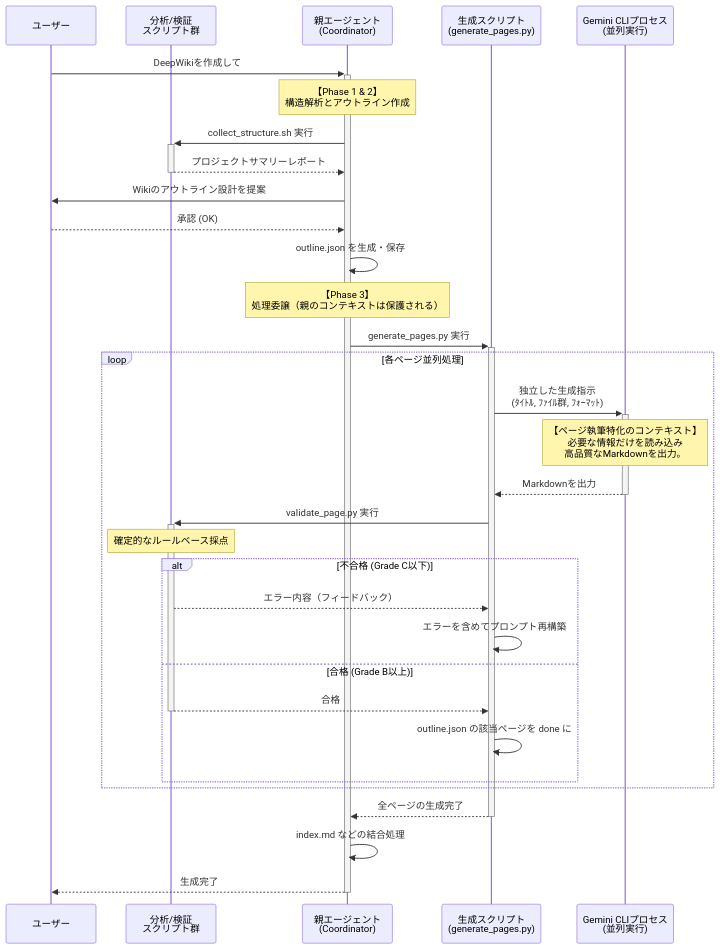
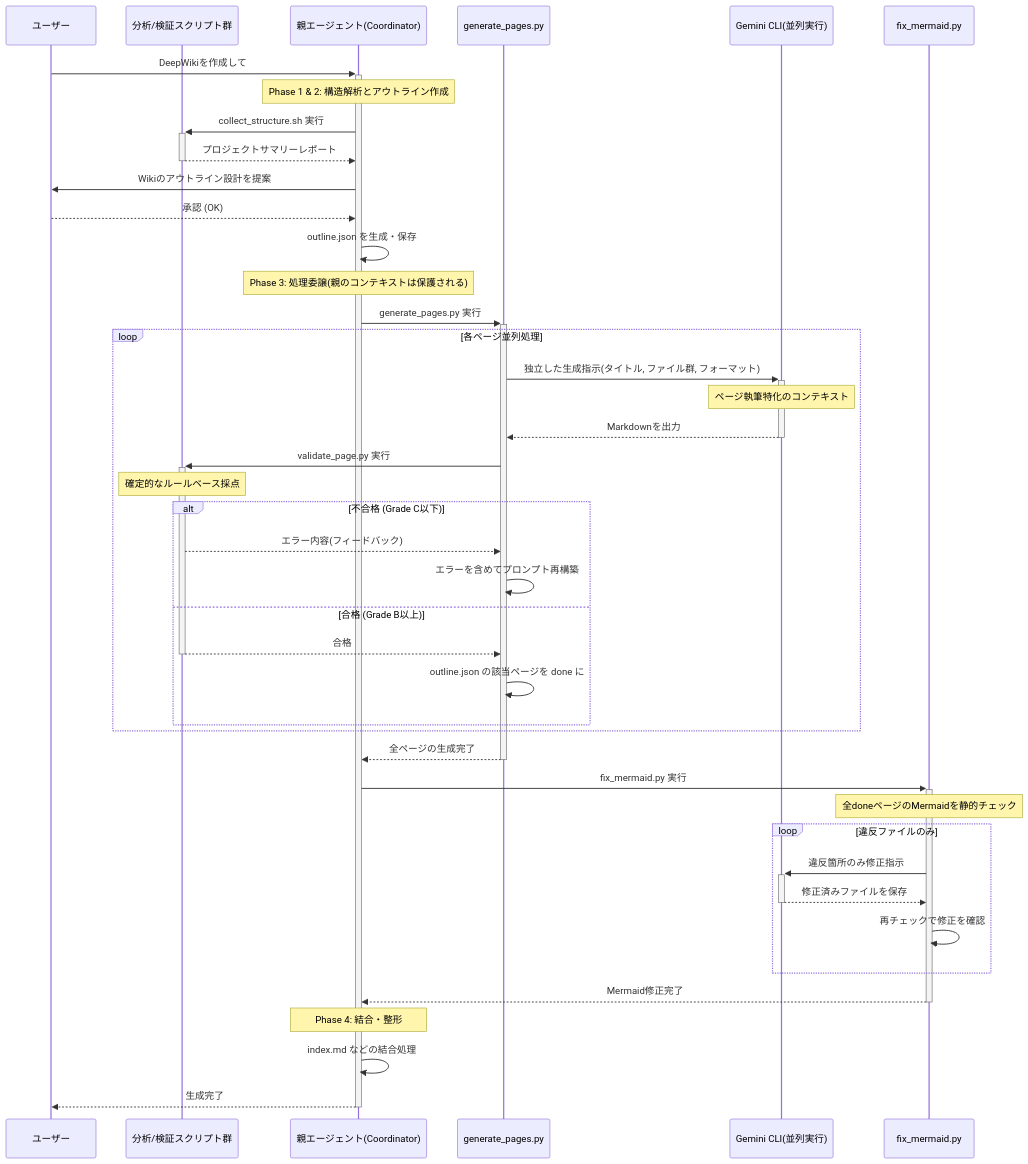
The diagram in deepwiki-skill-overview.md (akihiro4321/deepwiki-creator), drawn with Mermaid before and after one commit. The commit also changed other lines of this file and 4 other files, not shown here.

Commit message:
feat: Mermaid図修正スクリプトを追加し、ドキュメント生成スクリプトと関連ドキュメントを更新しました。

````diff
--- a/deepwiki-skill-overview.md
+++ b/deepwiki-skill-overview.md
@@ -50,45 +53,53 @@
 ```mermaid
 sequenceDiagram
     participant User as ユーザー
-    participant Script1 as 分析/検証<br/>スクリプト群
-    participant Main as 親エージェント<br/>(Coordinator)
-    participant GenScript as 生成スクリプト<br/>(generate_pages.py)
-    participant Gemini as Gemini CLIプロセス<br/>(並列実行)
+    participant Script1 as 分析/検証スクリプト群
+    participant Main as 親エージェント(Coordinator)
+    participant GenScript as generate_pages.py
+    participant Gemini as Gemini CLI(並列実行)
+    participant MermaidFix as fix_mermaid.py
 
     User->>+Main: DeepWikiを作成して
-    
-    %% Phase 1 & 2
-    Note over Main: 【Phase 1 & 2】<br/>構造解析とアウトライン作成
+
+    Note over Main: Phase 1 & 2: 構造解析とアウトライン作成
     Main->>+Script1: collect_structure.sh 実行
     Script1-->>-Main: プロジェクトサマリーレポート
     Main->>User: Wikiのアウトライン設計を提案
     User-->>Main: 承認 (OK)
     Main->>Main: outline.json を生成・保存
-    
-    %% Phase 3
-    Note over Main: 【Phase 3】<br/>処理委譲（親のコンテキストは保護される）
+
+    Note over Main: Phase 3: 処理委譲(親のコンテキストは保護される)
     Main->>+GenScript: generate_pages.py 実行
-    
+
     loop 各ページ並列処理
-        GenScript->>+Gemini: 独立した生成指示<br/>(ﾀｲﾄﾙ, ﾌｧｲﾙ群, ﾌｫｰﾏｯﾄ)
-        Note over Gemini: 【ページ執筆特化のコンテキスト】<br/>必要な情報だけを読み込み<br/>高品質なMarkdownを出力。
+        GenScript->>+Gemini: 独立した生成指示(タイトル, ファイル群, フォーマット)
+        Note over Gemini: ページ執筆特化のコンテキスト
         Gemini-->>-GenScript: Markdownを出力
-        
+
         GenScript->>+Script1: validate_page.py 実行
         Note over Script1: 確定的なルールベース採点
-        
+
         alt 不合格 (Grade C以下)
-            Script1-->>GenScript: エラー内容（フィードバック）
+            Script1-->>GenScript: エラー内容(フィードバック)
             GenScript->>GenScript: エラーを含めてプロンプト再構築
         else 合格 (Grade B以上)
             Script1-->>-GenScript: 合格
             GenScript->>GenScript: outline.json の該当ページを done に
         end
     end
-    
+
     GenScript-->>-Main: 全ページの生成完了
-    
-    %% Phase 4
+
+    Main->>+MermaidFix: fix_mermaid.py 実行
+    Note over MermaidFix: 全doneページのMermaidを静的チェック
+    loop 違反ファイルのみ
+        MermaidFix->>+Gemini: 違反箇所のみ修正指示
+        Gemini-->>-MermaidFix: 修正済みファイルを保存
+        MermaidFix->>MermaidFix: 再チェックで修正を確認
+    end
+    MermaidFix-->>-Main: Mermaid修正完了
+
+    Note over Main: Phase 4: 結合・整形
     Main->>Main: index.md などの結合処理
     Main-->>-User: 生成完了
 ```
````
